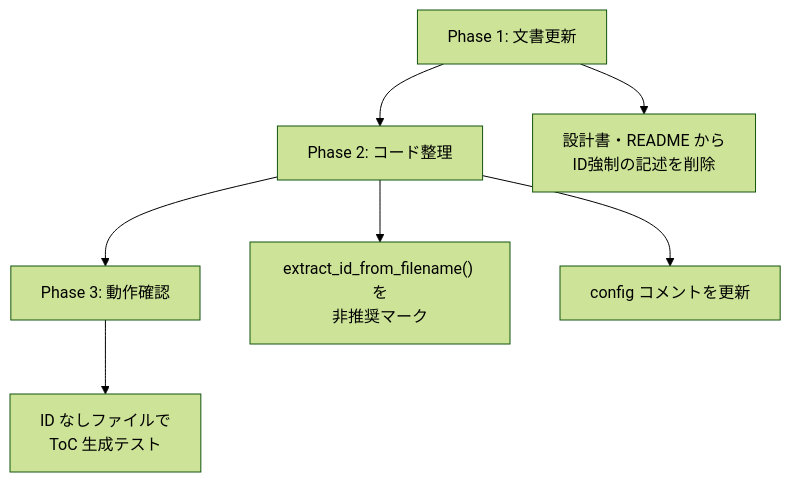
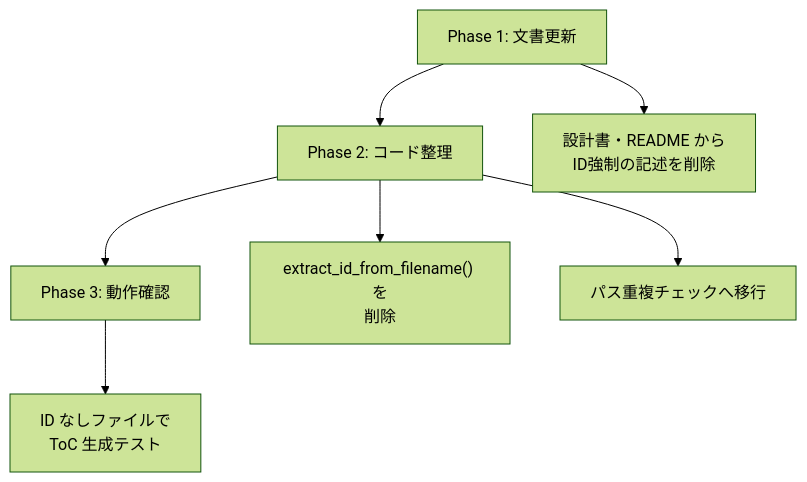
Before and after one commit to BlueEventHorizon/DocAdvisor-CC: the third of 3 diagrams in docs/specs/base/design/DES-003_document_identifier.md, drawn with Mermaid (forest theme). The commit also changed other lines of this file and 35 other files, not shown here.

````diff
--- a/docs/specs/base/design/DES-003_document_identifier.md
+++ b/docs/specs/base/design/DES-003_document_identifier.md
@@ -142,10 +154,10 @@
 ```mermaid
 flowchart TD
     A[Phase 1: 文書更新] --> B[Phase 2: コード整理]
     B --> C[Phase 3: 動作確認]
 
     A --> A1["設計書・README から<br>ID強制の記述を削除"]
-    B --> B1["extract_id_from_filename() を<br>非推奨マーク"]
-    B --> B2["config コメントを更新"]
+    B --> B1["extract_id_from_filename() を<br>削除"]
+    B --> B2["パス重複チェックへ移行"]
     C --> C1["ID なしファイルで<br>ToC 生成テスト"]
 ```
````
